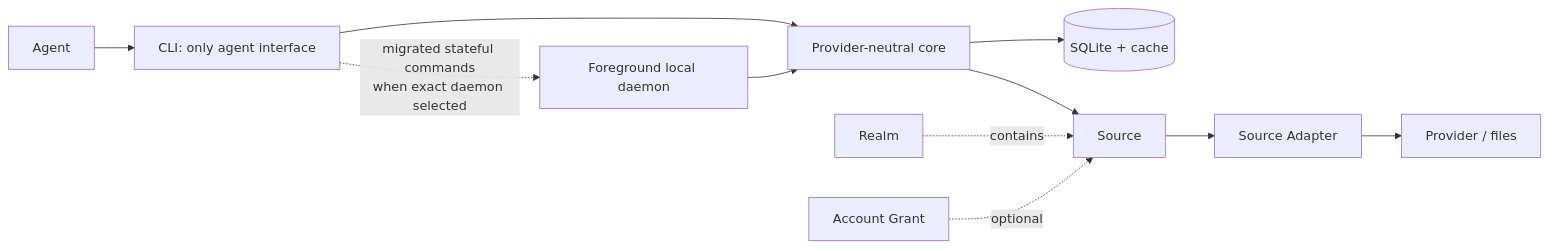
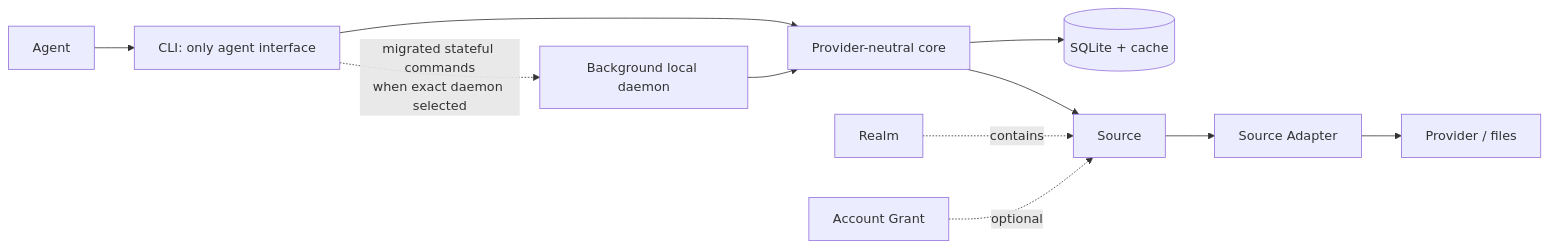
Before and after one commit to barisgit/ctxindex: the first of 3 diagrams in SYSTEM.md, drawn with Mermaid. The commit also changed other lines of this file and 34 other files, not shown here.

Commit message:
feat(daemon): automate background lifecycle

````diff
--- a/SYSTEM.md
+++ b/SYSTEM.md
@@ -13,12 +13,12 @@
 ```mermaid
 flowchart LR
   A[Agent] --> CLI[CLI: only agent interface]
   CLI --> Core[Provider-neutral core]
-  CLI -. "migrated stateful commands\nwhen exact daemon selected" .-> D[Foreground local daemon]
+  CLI -. "migrated stateful commands\nwhen exact daemon selected" .-> D[Background local daemon]
   D --> Core
   Core --> DB[(SQLite + cache)]
   Core --> S[Source]
   S --> AD[Source Adapter] --> P[Provider / files]
   R[Realm] -. contains .-> S
   G[Account Grant] -. optional .-> S
 ```
````
